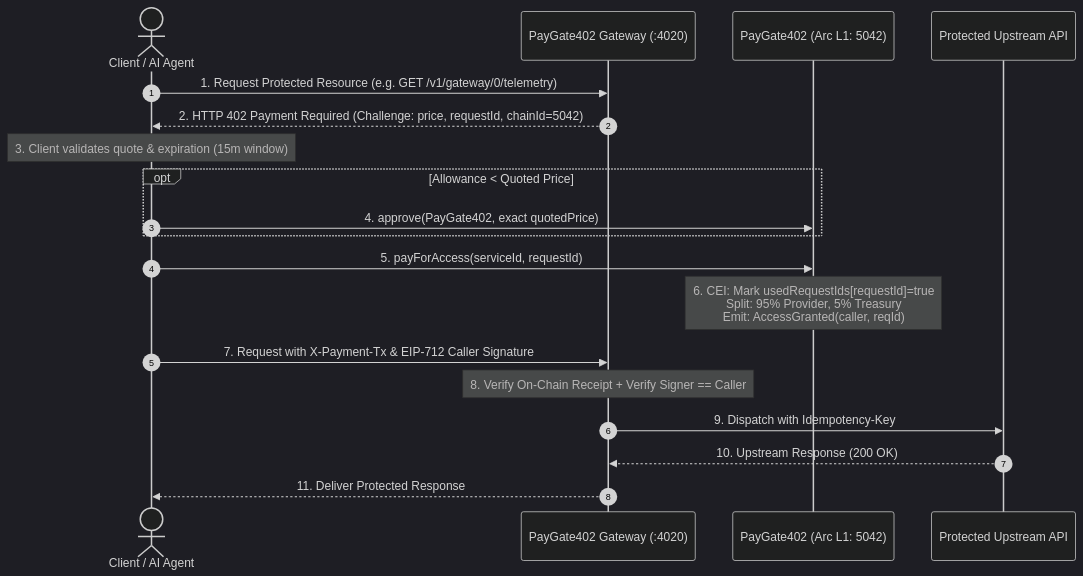
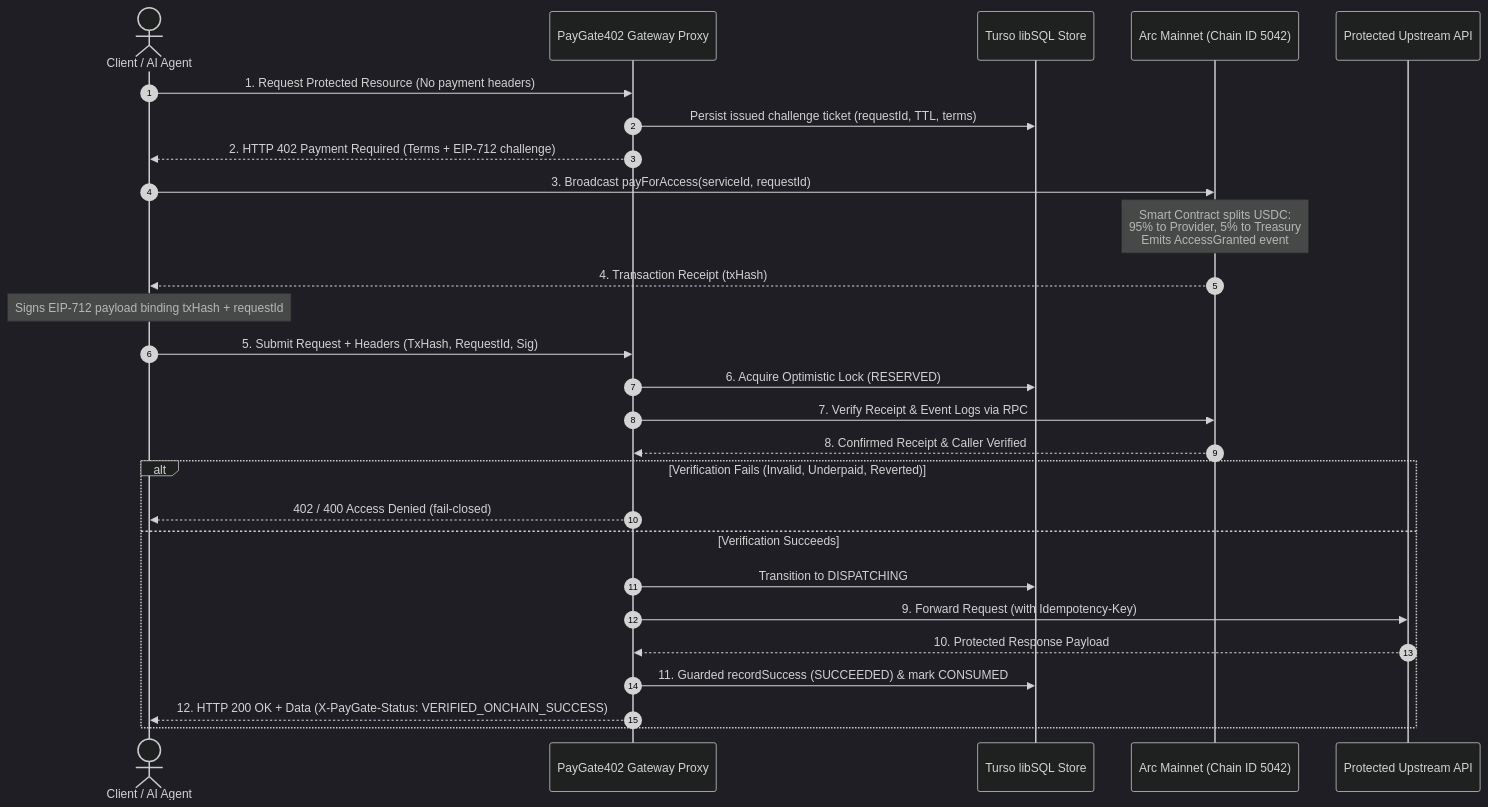
One commit to JimmyOgb/PayGate402 changed the first of 4 diagrams in README.md. Above: the diagram before and after it, drawn with Mermaid (dark theme). The commit also changed other lines of this file, not shown here.

Commit message:
docs: expand PayGate402 architecture and gateway documentation

````diff
--- a/README.md
+++ b/README.md
@@ -58,22 +82,33 @@
 ```mermaid
 sequenceDiagram
     autonumber
     actor Client as Client / AI Agent
-    participant Gateway as PayGate402 Gateway (:4020)
-    participant Contract as PayGate402 (Arc L1: 5042)
+    participant Gateway as PayGate402 Gateway Proxy
+    participant Store as Turso libSQL Store
+    participant ArcL1 as Arc Mainnet (Chain ID 5042)
     participant Upstream as Protected Upstream API
 
-    Client->>Gateway: 1. Request Protected Resource (e.g. GET /v1/gateway/0/telemetry)
-    Gateway-->>Client: 2. HTTP 402 Payment Required (Challenge: price, requestId, chainId=5042)
-    Note over Client: 3. Client validates quote & expiration (15m window)
-    opt Allowance < Quoted Price
-        Client->>Contract: 4. approve(PayGate402, exact quotedPrice)
+    Client->>Gateway: 1. Request Protected Resource (No payment headers)
+    Gateway->>Store: Persist issued challenge ticket (requestId, TTL, terms)
+    Gateway-->>Client: 2. HTTP 402 Payment Required (Terms + EIP-712 challenge)
+    Client->>ArcL1: 3. Broadcast payForAccess(serviceId, requestId)
+    Note over ArcL1: Smart Contract splits USDC:<br/>95% to Provider, 5% to Treasury<br/>Emits AccessGranted event
+    ArcL1-->>Client: 4. Transaction Receipt (txHash)
+
+    Note over Client: Signs EIP-712 payload binding txHash + requestId
+    Client->>Gateway: 5. Submit Request + Headers (TxHash, RequestId, Sig)
+
+    Gateway->>Store: 6. Acquire Optimistic Lock (RESERVED)
+    Gateway->>ArcL1: 7. Verify Receipt & Event Logs via RPC
+    ArcL1-->>Gateway: 8. Confirmed Receipt & Caller Verified
+
+    alt Verification Fails (Invalid, Underpaid, Reverted)
+        Gateway-->>Client: 402 / 400 Access Denied (fail-closed)
+    else Verification Succeeds
+        Gateway->>Store: Transition to DISPATCHING
+        Gateway->>Upstream: 9. Forward Request (with Idempotency-Key)
+        Upstream-->>Gateway: 10. Protected Response Payload
+        Gateway->>Store: 11. Guarded recordSuccess (SUCCEEDED) & mark CONSUMED
+        Gateway-->>Client: 12. HTTP 200 OK + Data (X-PayGate-Status: VERIFIED_ONCHAIN_SUCCESS)
     end
-    Client->>Contract: 5. payForAccess(serviceId, requestId)
-    Note over Contract: 6. CEI: Mark usedRequestIds[requestId]=true<br/>Split: 95% Provider, 5% Treasury<br/>Emit: AccessGranted(caller, reqId)
-    Client->>Gateway: 7. Request with X-Payment-Tx & EIP-712 Caller Signature
-    Note over Gateway: 8. Verify On-Chain Receipt + Verify Signer == Caller
-    Gateway->>Upstream: 9. Dispatch with Idempotency-Key
-    Upstream-->>Gateway: 10. Upstream Response (200 OK)
-    Gateway-->>Client: 11. Deliver Protected Response
 ```
````
